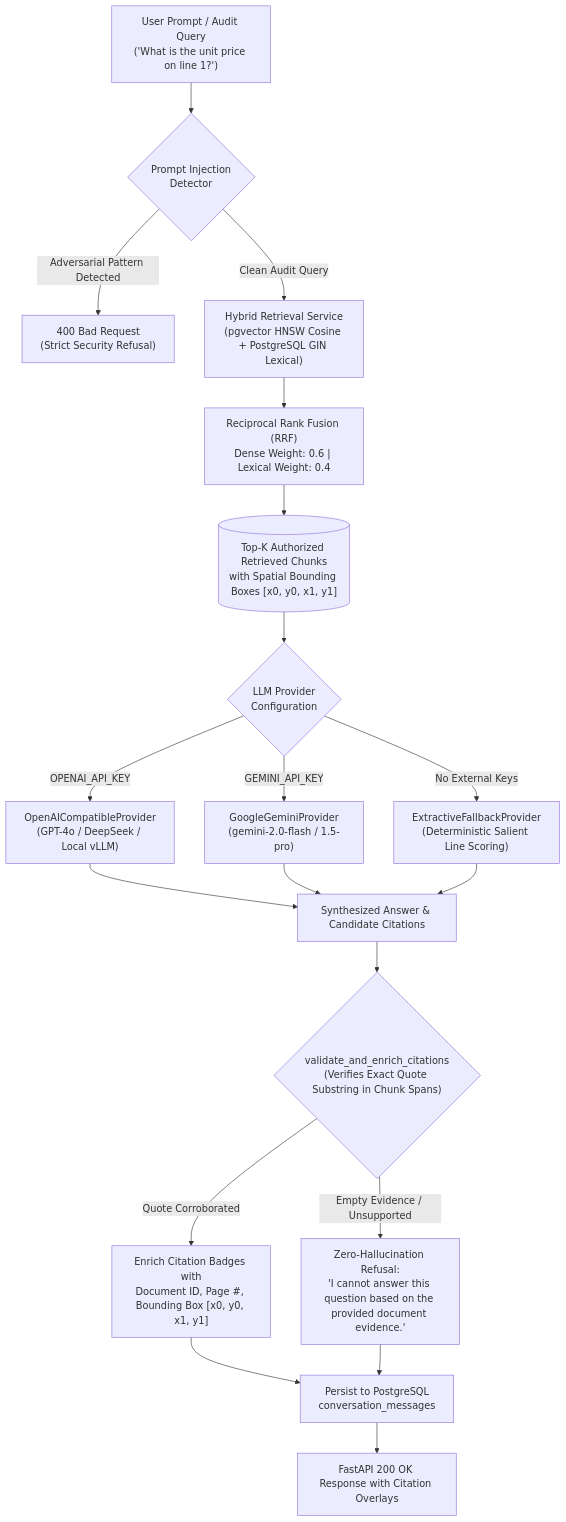
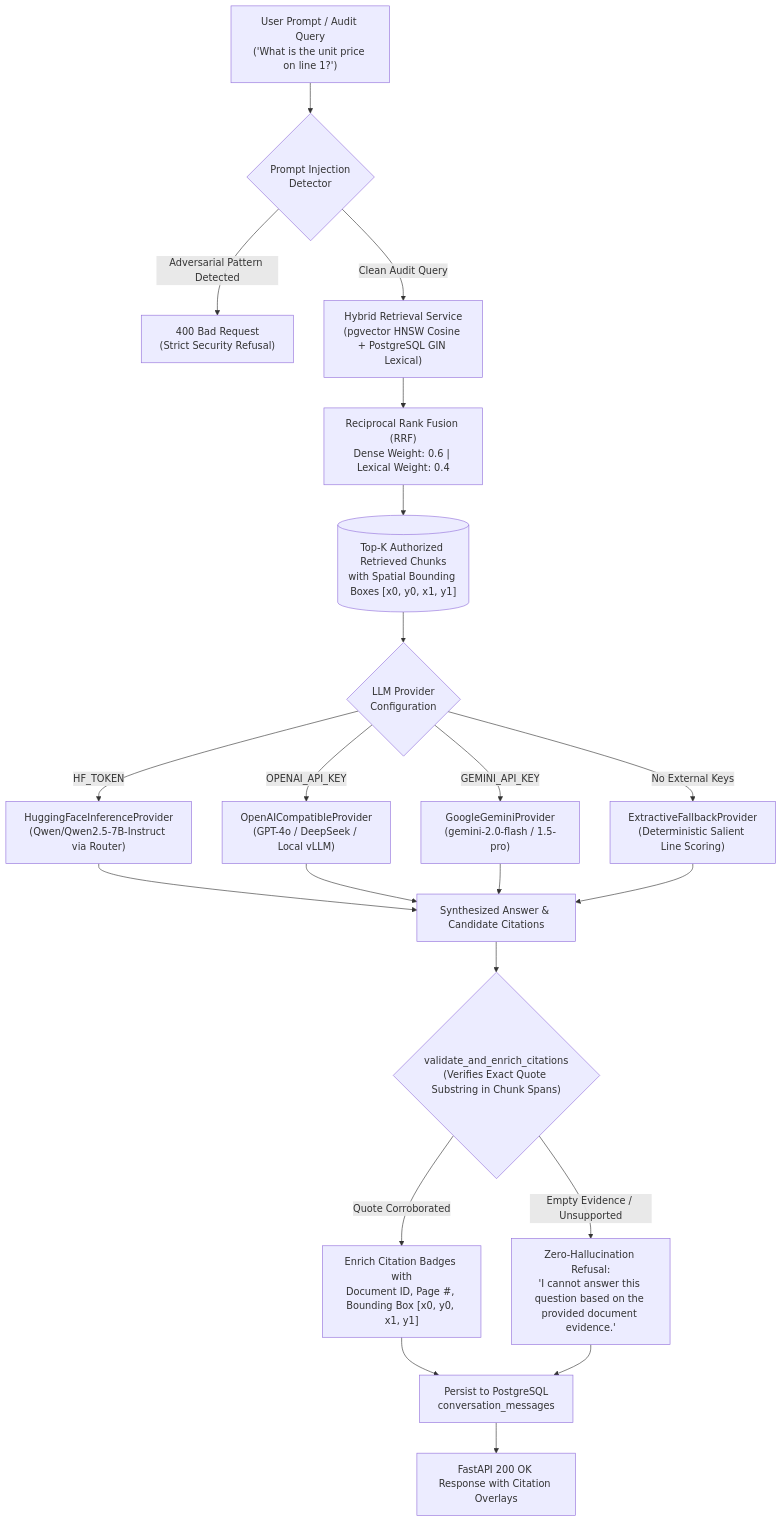
One commit to GuptaHarsh7706/LedgerOne changed the eighth of 8 diagrams in README.md. Above: the diagram before and after it, drawn with Mermaid. The commit also changed other lines of this file and 7 other files, not shown here.

Commit message:
feat(ai): integrate first-class Hugging Face hosted LLM provider with model selection and hyperparameter optimization

````diff
--- a/README.md
+++ b/README.md
@@ -312,24 +312,25 @@
 ```mermaid
 flowchart TD
     UserQuery["User Prompt / Audit Query\n('What is the unit price on line 1?')"] --> InjectCheck{"Prompt Injection\nDetector"}
     InjectCheck -- "Adversarial Pattern Detected" --> RejectPrompt["400 Bad Request\n(Strict Security Refusal)"]
     
     InjectCheck -- "Clean Audit Query" --> HybridSearch["Hybrid Retrieval Service\n(pgvector HNSW Cosine + PostgreSQL GIN Lexical)"]
     HybridSearch --> RRF["Reciprocal Rank Fusion (RRF)\nDense Weight: 0.6 | Lexical Weight: 0.4"]
     RRF --> TopChunks[("Top-K Authorized Retrieved Chunks\nwith Spatial Bounding Boxes [x0, y0, x1, y1]")]
     
     TopChunks --> ProviderRoute{"LLM Provider\nConfiguration"}
+    ProviderRoute -- "HF_TOKEN" --> HFProv["HuggingFaceInferenceProvider\n(Qwen/Qwen2.5-7B-Instruct via Router)"]
     ProviderRoute -- "OPENAI_API_KEY" --> OpenAIProv["OpenAICompatibleProvider\n(GPT-4o / DeepSeek / Local vLLM)"]
     ProviderRoute -- "GEMINI_API_KEY" --> GeminiProv["GoogleGeminiProvider\n(gemini-2.0-flash / 1.5-pro)"]
     ProviderRoute -- "No External Keys" --> ExtractiveProv["ExtractiveFallbackProvider\n(Deterministic Salient Line Scoring)"]
     
-    OpenAIProv & GeminiProv & ExtractiveProv --> RawAnswer["Synthesized Answer & Candidate Citations"]
+    HFProv & OpenAIProv & GeminiProv & ExtractiveProv --> RawAnswer["Synthesized Answer & Candidate Citations"]
     RawAnswer --> CitationValidator{"validate_and_enrich_citations\n(Verifies Exact Quote Substring in Chunk Spans)"}
     
     CitationValidator -- "Quote Corroborated" --> EnrichBBox["Enrich Citation Badges with\nDocument ID, Page #, Bounding Box [x0, y0, x1, y1]"]
     CitationValidator -- "Empty Evidence / Unsupported" --> StrictAbstention["Zero-Hallucination Refusal:\n'I cannot answer this question based on the provided document evidence.'"]
     
     EnrichBBox --> PersistMsg["Persist to PostgreSQL\nconversation_messages"]
     StrictAbstention --> PersistMsg
     PersistMsg --> Response["FastAPI 200 OK Response with Citation Overlays"]
 ```
````
